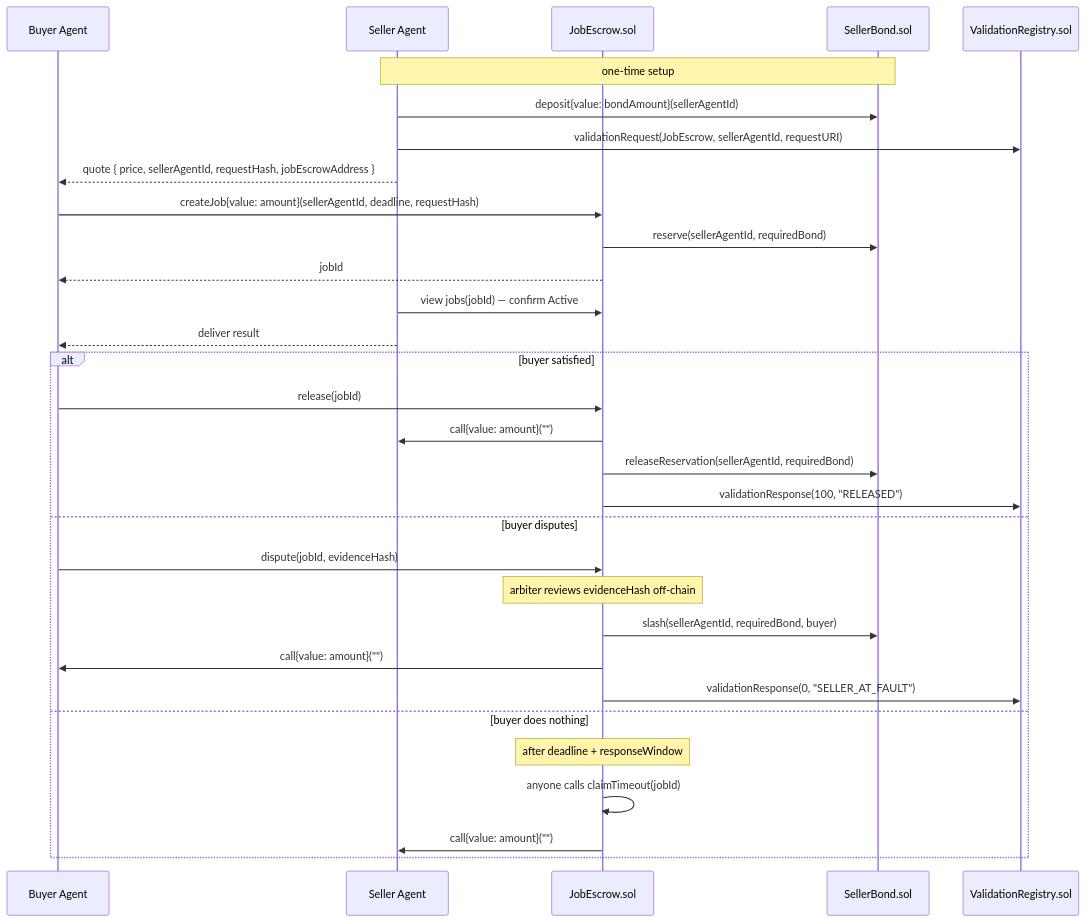
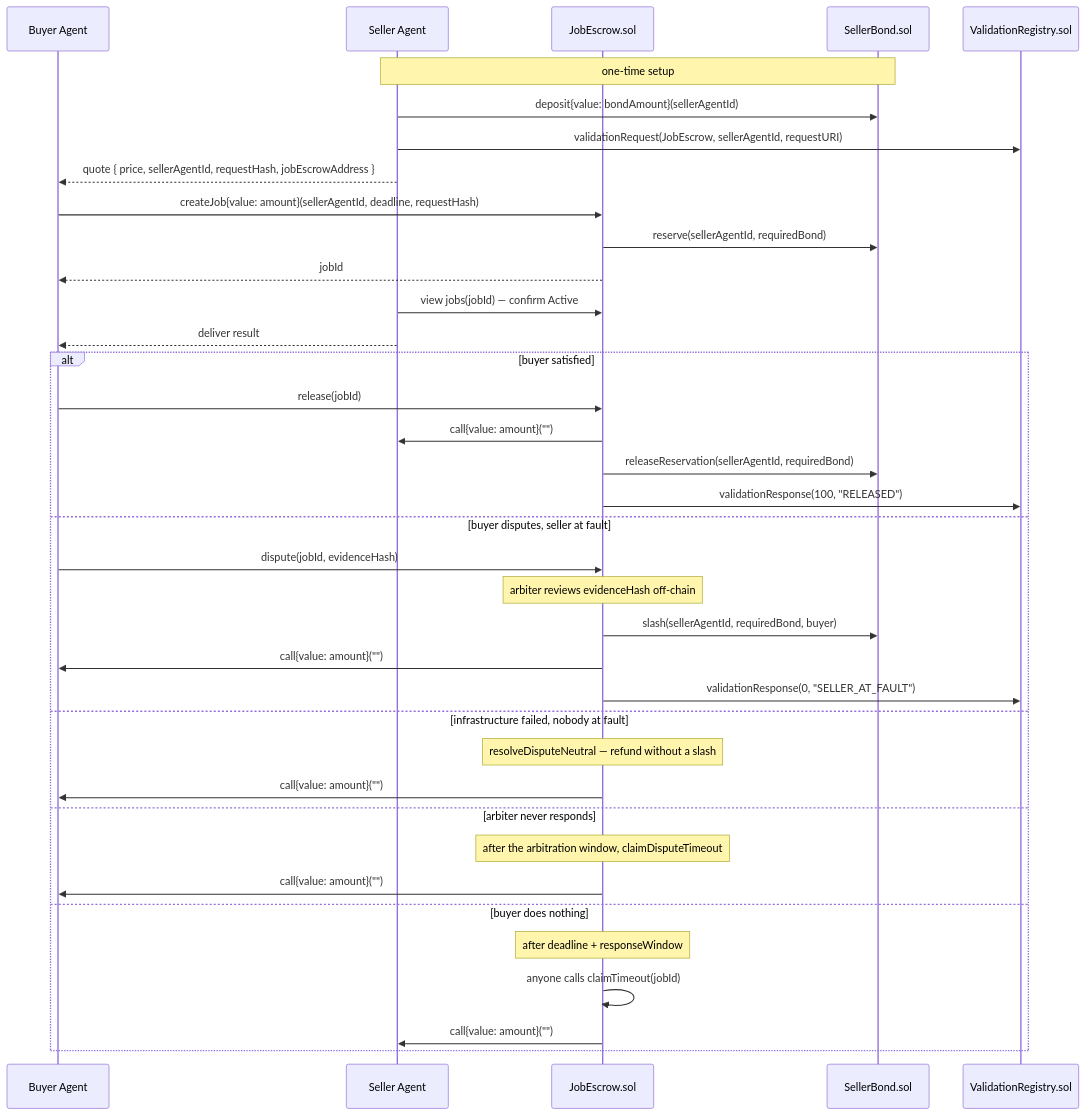
One commit to CHEF-SAVY/TripBOT changed the diagram in README.md. Above: the diagram before and after it, drawn with Mermaid. The commit also changed other lines of this file and 1 other file, not shown here.

````diff
--- a/README.md
+++ b/README.md
@@ -30,38 +43,44 @@
 ```mermaid
 sequenceDiagram
     participant Buyer as Buyer Agent
     participant Seller as Seller Agent
     participant JE as JobEscrow.sol
     participant SB as SellerBond.sol
     participant VR as ValidationRegistry.sol
 
     Note over Seller,SB: one-time setup
     Seller->>SB: deposit{value: bondAmount}(sellerAgentId)
 
     Seller->>VR: validationRequest(JobEscrow, sellerAgentId, requestURI)
     Seller-->>Buyer: quote { price, sellerAgentId, requestHash, jobEscrowAddress }
 
     Buyer->>JE: createJob{value: amount}(sellerAgentId, deadline, requestHash)
     JE->>SB: reserve(sellerAgentId, requiredBond)
     JE-->>Buyer: jobId
 
     Seller->>JE: view jobs(jobId) — confirm Active
     Seller-->>Buyer: deliver result
 
     alt buyer satisfied
         Buyer->>JE: release(jobId)
         JE->>Seller: call{value: amount}("")
         JE->>SB: releaseReservation(sellerAgentId, requiredBond)
         JE->>VR: validationResponse(100, "RELEASED")
-    else buyer disputes
+    else buyer disputes, seller at fault
         Buyer->>JE: dispute(jobId, evidenceHash)
         Note over JE: arbiter reviews evidenceHash off-chain
         JE->>SB: slash(sellerAgentId, requiredBond, buyer)
         JE->>Buyer: call{value: amount}("")
         JE->>VR: validationResponse(0, "SELLER_AT_FAULT")
+    else infrastructure failed, nobody at fault
+        Note over JE: resolveDisputeNeutral — refund without a slash
+        JE->>Buyer: call{value: amount}("")
+    else arbiter never responds
+        Note over JE: after the arbitration window, claimDisputeTimeout
+        JE->>Buyer: call{value: amount}("")
     else buyer does nothing
         Note over JE: after deadline + responseWindow
         JE->>JE: anyone calls claimTimeout(jobId)
         JE->>Seller: call{value: amount}("")
     end
 ```
````
